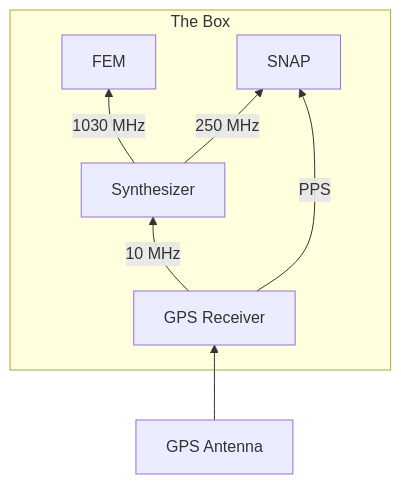
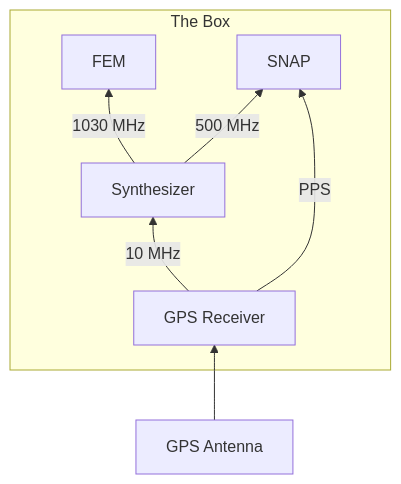
The third of 4 diagrams in docs/hardware/overview.md (courtneyjkeeler/grex-telescope.github.io), drawn with Mermaid before and after one commit. The commit also changed 1 other file, not shown here.

Commit message:
Update valon frequency reference to 500 MHz

````diff
--- a/docs/hardware/overview.md
+++ b/docs/hardware/overview.md
@@ -58,15 +58,15 @@
 ```mermaid
 flowchart BT
     B[FEM]
     V[Synthesizer]
     G[GPS Receiver]
     S[SNAP]
     A[GPS Antenna]
     subgraph The Box
         G -->|10 MHz| V
         G -->|PPS| S
-        V -->|250 MHz| S
+        V -->|500 MHz| S
         V -->|1030 MHz| B
     end
     A --> G
 ```
````
